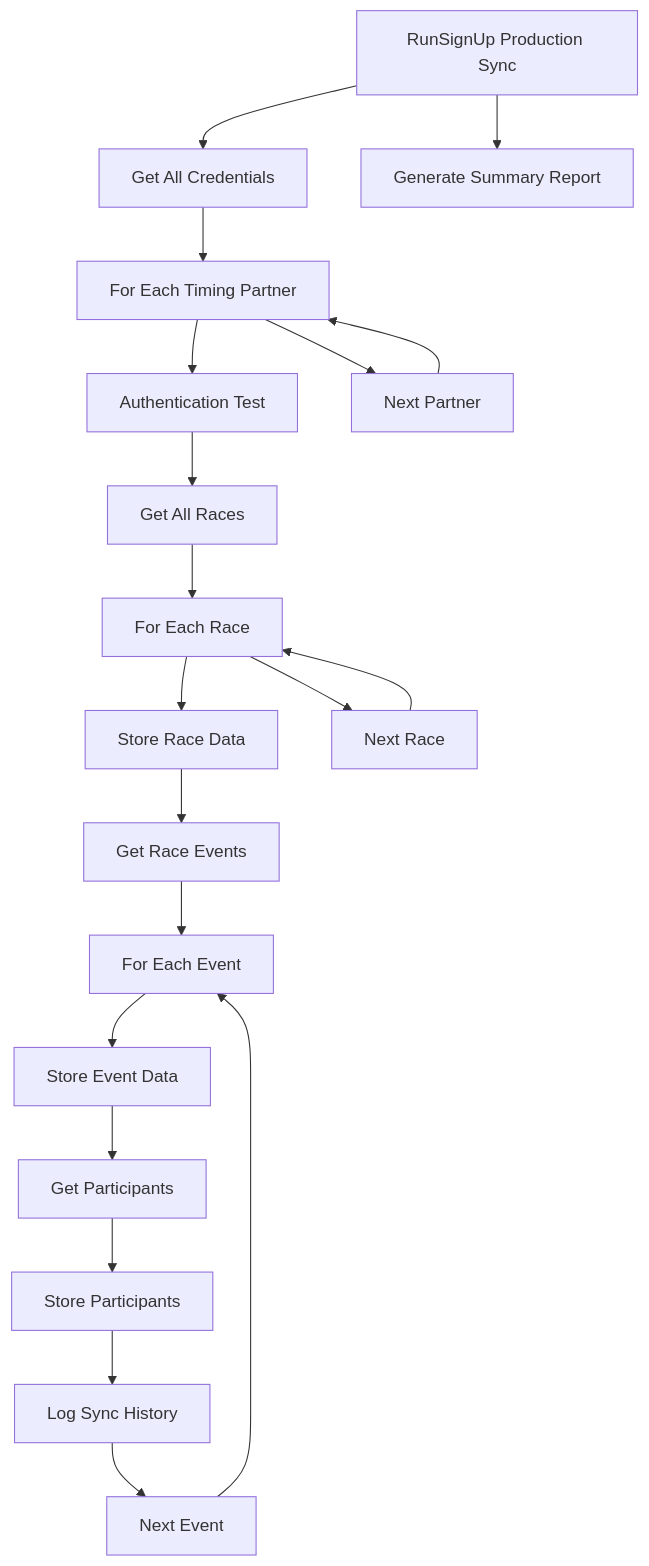
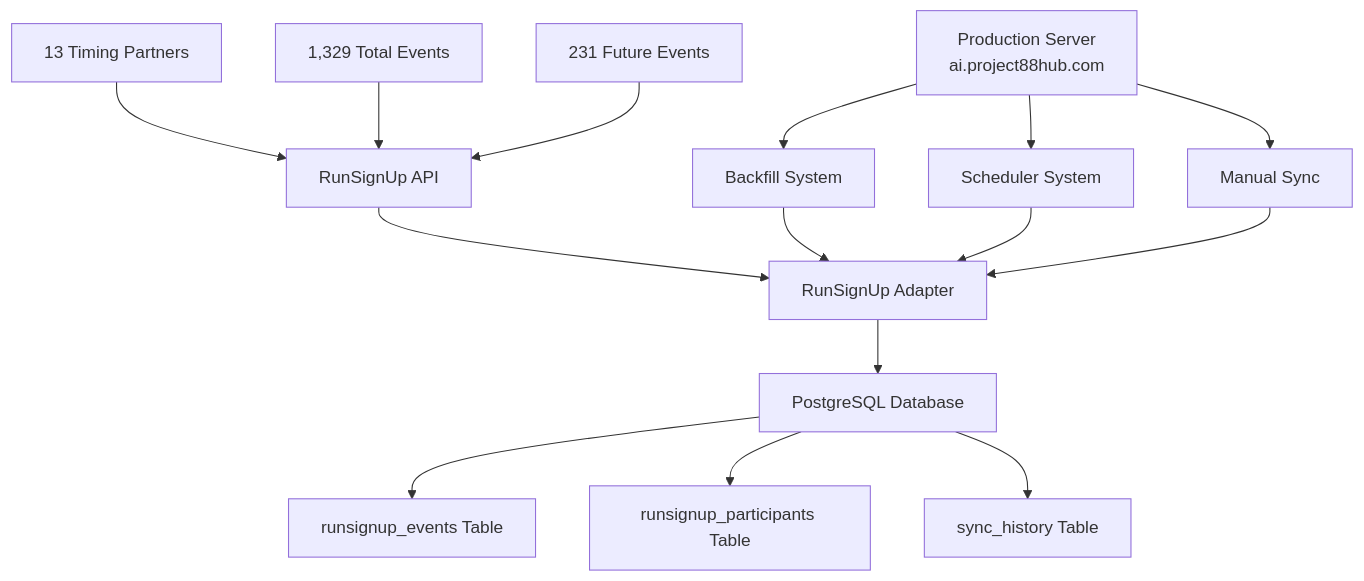
One commit to adamswansen/project88-production-repo changed the diagram in apps/provider-integrations/RUNSIGNUP_PRODUCTION_IMPLEMENTATION.md. Above: the diagram before and after it, drawn with Mermaid. The commit also changed other lines of this file and 50 other files, not shown here.

First line of the commit message:
Add comprehensive RunSignUp integration testing and production deployment system

````diff
--- a/apps/provider-integrations/RUNSIGNUP_PRODUCTION_IMPLEMENTATION.md
+++ b/apps/provider-integrations/RUNSIGNUP_PRODUCTION_IMPLEMENTATION.md
@@ -34,22 +157,21 @@
 ```mermaid
 graph TD
-    A[RunSignUp Production Sync] --> B[Get All Credentials]
-    B --> C[For Each Timing Partner]
-    C --> D[Authentication Test]
-    D --> E[Get All Races]
-    E --> F[For Each Race]
-    F --> G[Store Race Data]
-    G --> H[Get Race Events]
-    H --> I[For Each Event]
-    I --> J[Store Event Data]
-    J --> K[Get Participants]
-    K --> L[Store Participants]
-    L --> M[Log Sync History]
-    M --> N[Next Event]
-    N --> I
-    F --> O[Next Race]
-    O --> F
-    C --> P[Next Partner]
-    P --> C
-    A --> Q[Generate Summary Report]
+    A[RunSignUp API] --> B[RunSignUp Adapter]
+    B --> C[PostgreSQL Database]
+    
+    D[Backfill System] --> B
+    E[Scheduler System] --> B
+    F[Manual Sync] --> B
+    
+    C --> G[runsignup_events Table]
+    C --> H[runsignup_participants Table]
+    C --> I[sync_history Table]
+    
+    J[Production Server<br/>ai.project88hub.com] --> D
+    J --> E
+    J --> F
+    
+    K[13 Timing Partners] --> A
+    L[1,329 Total Events] --> A
+    M[231 Future Events] --> A
 ```
````
